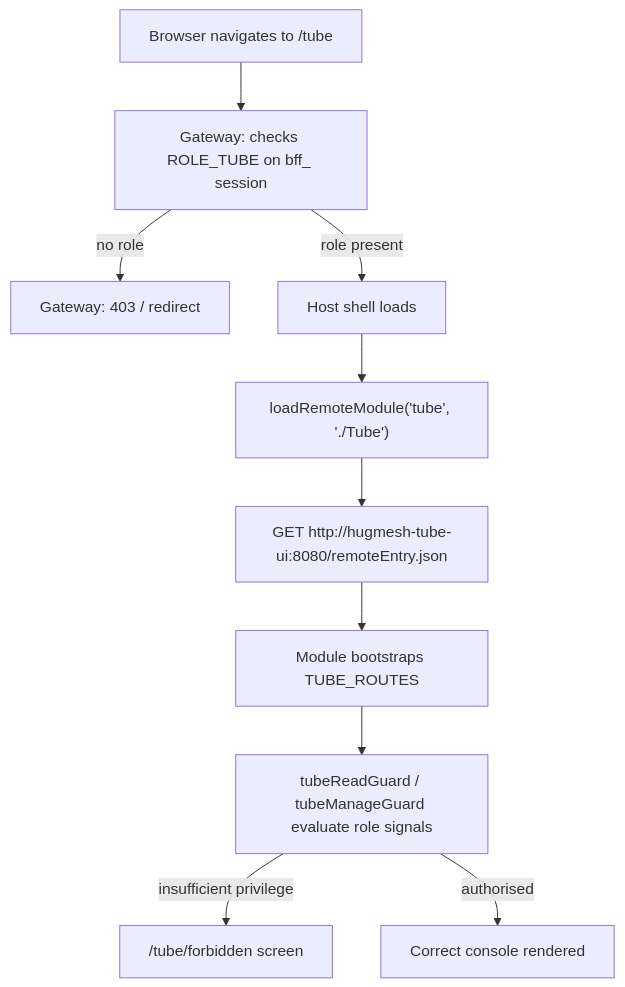
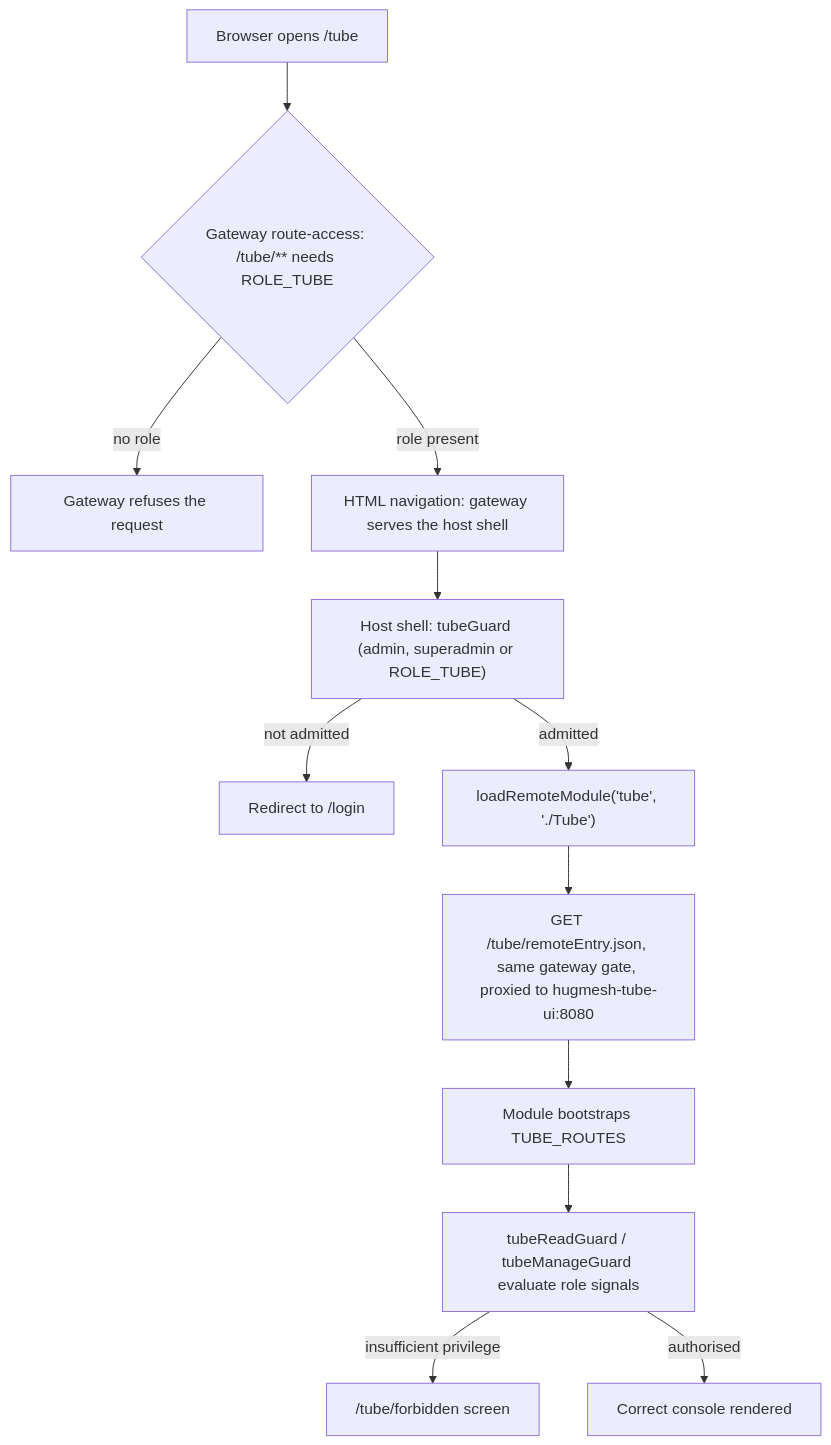
One commit to hugmesh/hugmesh.github.io changed the first of 2 diagrams in content/reference/tube-ui.md. Above: the diagram before and after it, drawn with Mermaid. The commit also changed other lines of this file and 166 other files, not shown here.

````diff
--- a/content/reference/tube-ui.md
+++ b/content/reference/tube-ui.md
@@ -66,12 +63,14 @@
 ```mermaid
 flowchart TB
-    A[Browser navigates to /tube] --> B[Gateway: checks ROLE_TUBE on bff_ session]
-    B -->|no role| C[Gateway: 403 / redirect]
-    B -->|role present| D[Host shell loads]
-    D --> E["loadRemoteModule('tube', './Tube')"]
-    E --> F["GET http://hugmesh-tube-ui:8080/remoteEntry.json"]
-    F --> G[Module bootstraps TUBE_ROUTES]
-    G --> H[tubeReadGuard / tubeManageGuard evaluate role signals]
-    H -->|insufficient privilege| I["/tube/forbidden screen"]
-    H -->|authorised| J[Correct console rendered]
+    A[Browser opens /tube] --> B{"Gateway route-access: /tube/** needs ROLE_TUBE"}
+    B -->|no role| C[Gateway refuses the request]
+    B -->|role present| D["HTML navigation: gateway serves the host shell"]
+    D --> E["Host shell: tubeGuard (admin, superadmin or ROLE_TUBE)"]
+    E -->|not admitted| F[Redirect to /login]
+    E -->|admitted| G["loadRemoteModule('tube', './Tube')"]
+    G --> H["GET /tube/remoteEntry.json, same gateway gate, proxied to hugmesh-tube-ui:8080"]
+    H --> I[Module bootstraps TUBE_ROUTES]
+    I --> J[tubeReadGuard / tubeManageGuard evaluate role signals]
+    J -->|insufficient privilege| K["/tube/forbidden screen"]
+    J -->|authorised| L[Correct console rendered]
 ```
````
